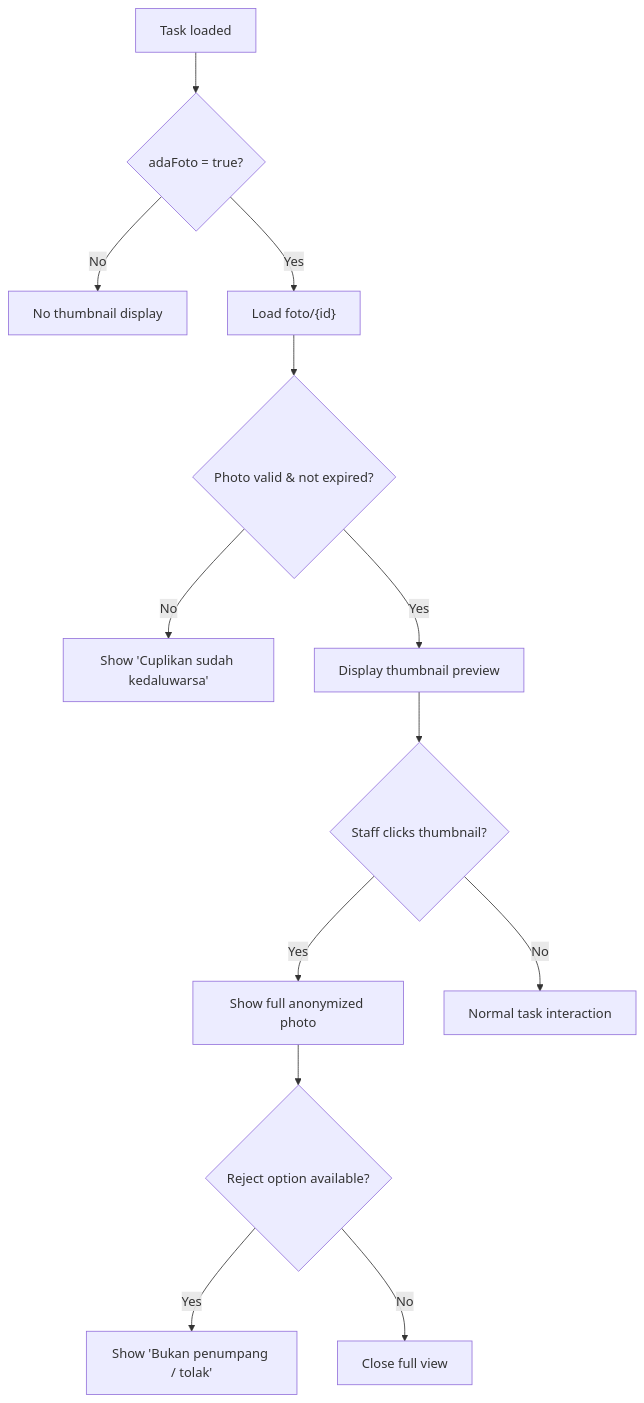
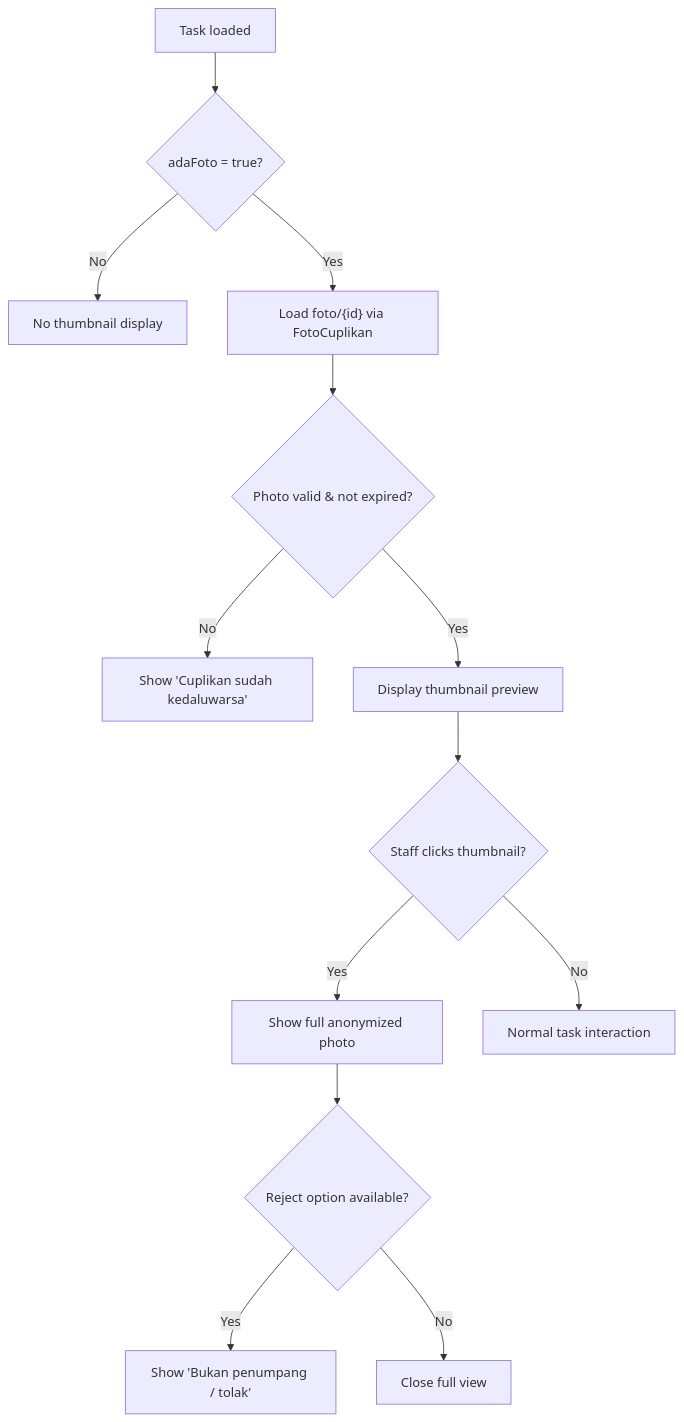
One commit to rdsarjito/whoosh-ramah changed the tenth of 11 diagrams in .qoder/repowiki/en/content/Mobile Application/Staff Workflow/Staff Workflow.md. Above: the diagram before and after it, drawn with Mermaid. The commit also changed other lines of this file and 18 other files, not shown here.

````diff
--- a/.qoder/repowiki/en/content/Mobile Application/Staff Workflow/Staff Workflow.md
+++ b/.qoder/repowiki/en/content/Mobile Application/Staff Workflow/Staff Workflow.md
@@ -642,15 +776,15 @@
 ```mermaid
 flowchart TD
 TaskLoaded["Task loaded"] --> CheckPhoto{"adaFoto = true?"}
 CheckPhoto --> |No| NoThumbnail["No thumbnail display"]
-CheckPhoto --> |Yes| LoadPhoto["Load foto/{id}"]
+CheckPhoto --> |Yes| LoadPhoto["Load foto/{id} via FotoCuplikan"]
 LoadPhoto --> PhotoValid{"Photo valid & not expired?"}
 PhotoValid --> |No| ExpiredState["Show 'Cuplikan sudah kedaluwarsa'"]
 PhotoValid --> |Yes| ShowThumbnail["Display thumbnail preview"]
 ShowThumbnail --> ClickThumbnail{"Staff clicks thumbnail?"}
 ClickThumbnail --> |Yes| FullView["Show full anonymized photo"]
 ClickThumbnail --> |No| NormalFlow["Normal task interaction"]
 FullView --> RejectOption{"Reject option available?"}
 RejectOption --> |Yes| RejectButton["Show 'Bukan penumpang / tolak'"]
 RejectOption --> |No| CloseView["Close full view"]
 ```
````
